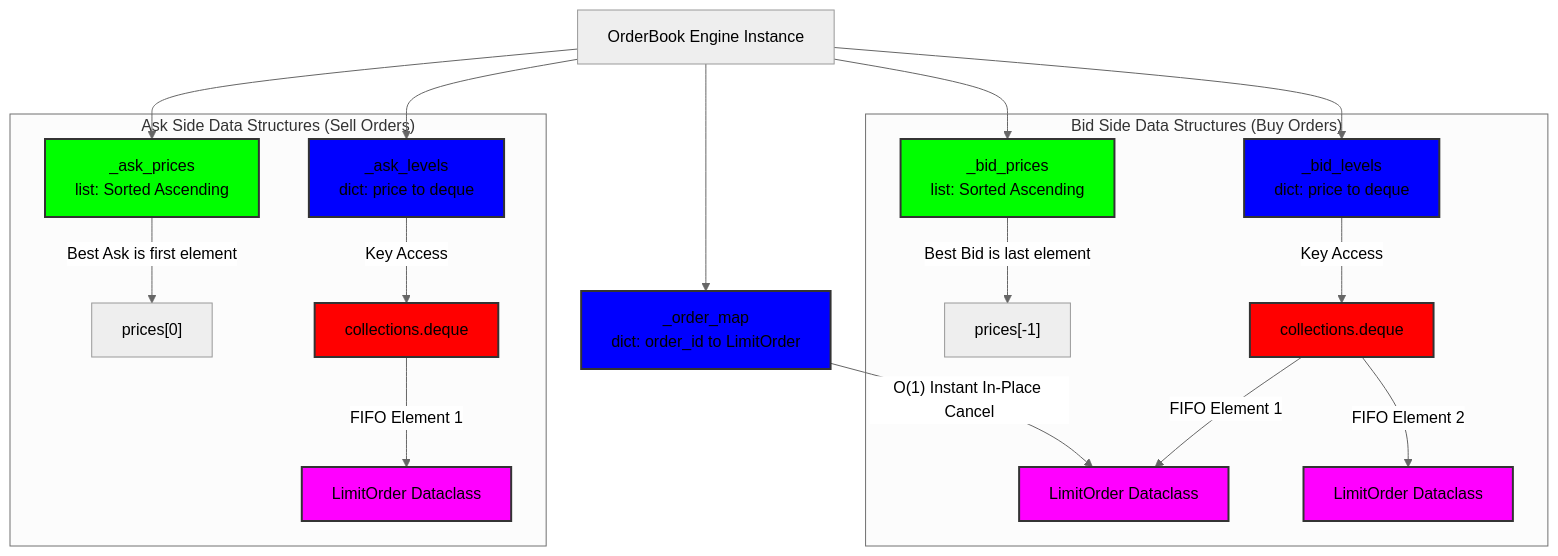
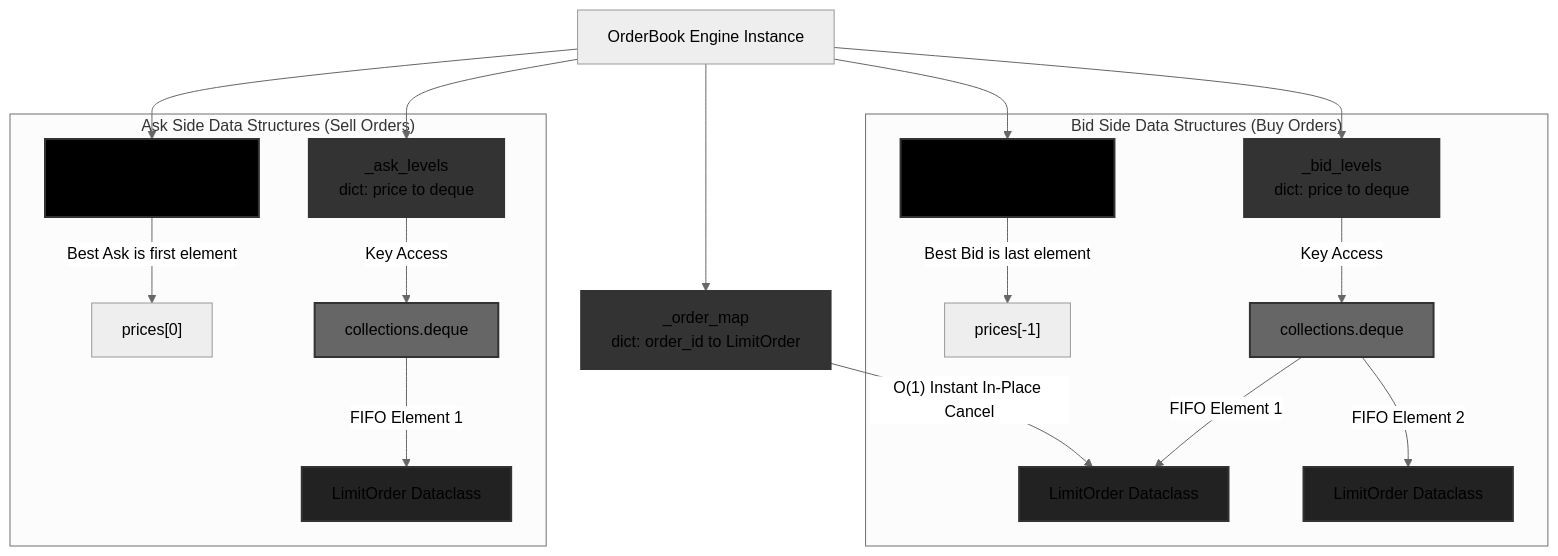
One commit to MFarooq07/lob-matching-engine changed the diagram in README.md. Above: the diagram before and after it, drawn with Mermaid (neutral theme).

````diff
--- a/README.md
+++ b/README.md
@@ -4,40 +4,40 @@
 ```mermaid
 flowchart TD
     %% Style Formats
-    classDef mapStyle fill:#00f,stroke:#333,stroke-width:2px;
-    classDef listStyle fill:#0f0,stroke:#333,stroke-width:2px;
-    classDef queueStyle fill:#f00,stroke:#333,stroke-width:2px;
-    classDef modelStyle fill:#f0f,stroke:#333,stroke-width:2px;
+    classDef mapStyle fill:#333,stroke:#333,stroke-width:2px;
+    classDef listStyle fill:#000,stroke:#333,stroke-width:2px;
+    classDef queueStyle fill:#666,stroke:#333,stroke-width:2px;
+    classDef modelStyle fill:#222,stroke:#333,stroke-width:2px;
 
     %% Base Structural Framework
     OrderBook[OrderBook Engine Instance] --> orderMap
     OrderBook --> bidPrices
     OrderBook --> bidLevels
     OrderBook --> askPrices
     OrderBook --> askLevels
 
     %% Core Map Lookup Index
     orderMap["_order_map<br>dict: order_id to LimitOrder"]:::mapStyle
     orderMap -->|"O(1) Instant In-Place Cancel"| loResting1
 
     %% Bid Side Data Configurations
     subgraph bid_side ["Bid Side Data Structures (Buy Orders)"]
         bidPrices["_bid_prices<br>list: Sorted Ascending"]:::listStyle
         bidLevels["_bid_levels<br>dict: price to deque"]:::mapStyle
         
         bidPrices -->|"Best Bid is last element"| bestBid["prices[-1]"]
         bidLevels -->|"Key Access"| bidDeque["collections.deque"]:::queueStyle
         bidDeque -->|"FIFO Element 1"| loResting1["LimitOrder Dataclass"]:::modelStyle
         bidDeque -->|"FIFO Element 2"| loResting2["LimitOrder Dataclass"]:::modelStyle
     end
 
     %% Ask Side Data Configurations
     subgraph ask_side ["Ask Side Data Structures (Sell Orders)"]
         askPrices["_ask_prices<br>list: Sorted Ascending"]:::listStyle
         askLevels["_ask_levels<br>dict: price to deque"]:::mapStyle
         
         askPrices -->|"Best Ask is first element"| bestAsk["prices[0]"]
         askLevels -->|"Key Access"| askDeque["collections.deque"]:::queueStyle
         askDeque -->|"FIFO Element 1"| loResting3["LimitOrder Dataclass"]:::modelStyle
     end
 ```
````
